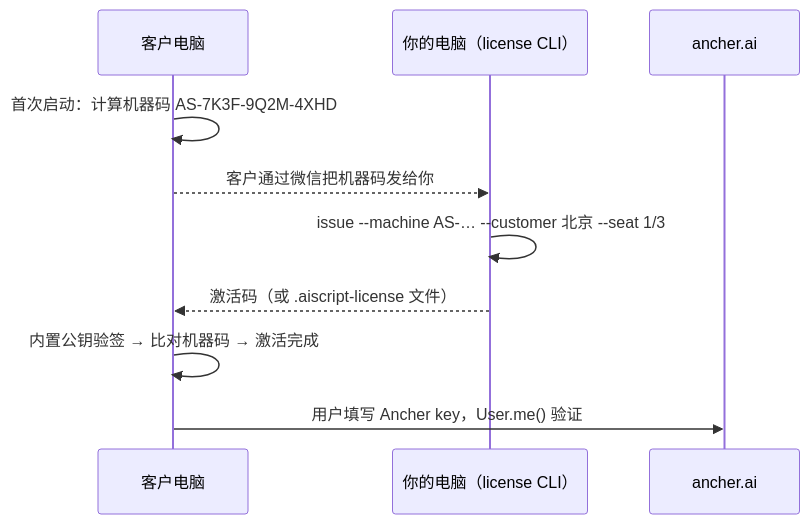
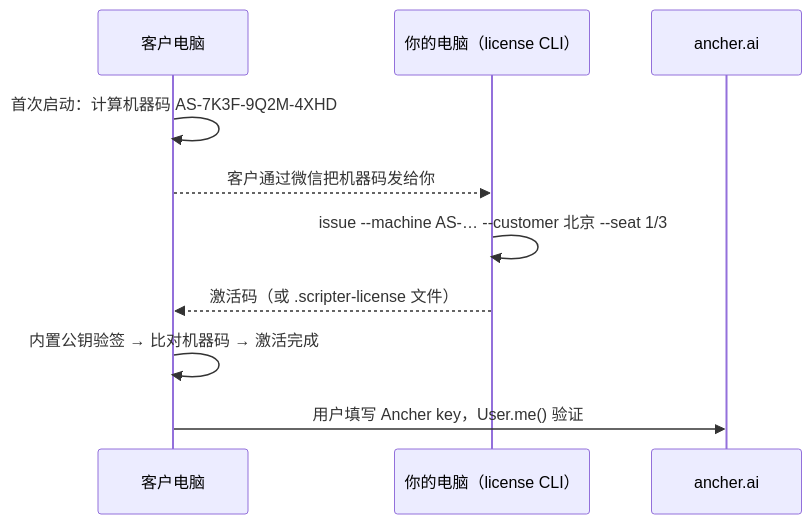
Before and after one commit to ziyetsui/aiscript: the fifth of 5 diagrams in specs/0002-desktop-client-spec.md, drawn with Mermaid. The commit also changed other lines of this file and 4 other files, not shown here.

````diff
--- a/specs/0002-desktop-client-spec.md
+++ b/specs/0002-desktop-client-spec.md
@@ -303,12 +303,12 @@
 ```mermaid
 sequenceDiagram
   participant C as 客户电脑
   participant Y as 你的电脑（license CLI）
   participant A as ancher.ai
   C->>C: 首次启动：计算机器码 AS-7K3F-9Q2M-4XHD
   C-->>Y: 客户通过微信把机器码发给你
   Y->>Y: issue --machine AS-… --customer 北京 --seat 1/3
-  Y-->>C: 激活码（或 .aiscript-license 文件）
+  Y-->>C: 激活码（或 .scripter-license 文件）
   C->>C: 内置公钥验签 → 比对机器码 → 激活完成
   C->>A: 用户填写 Ancher key，User.me() 验证
 ```
````
